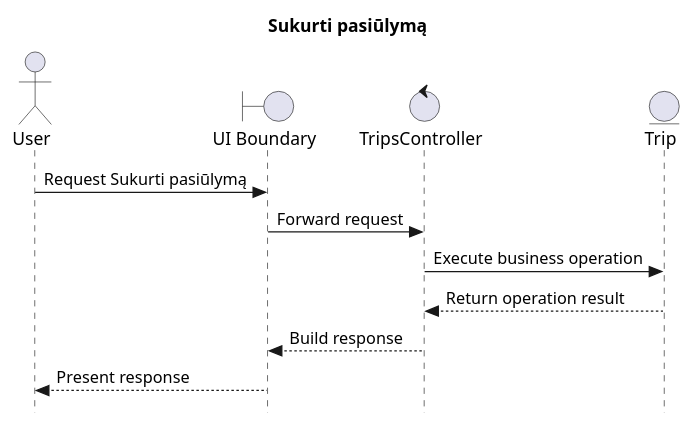
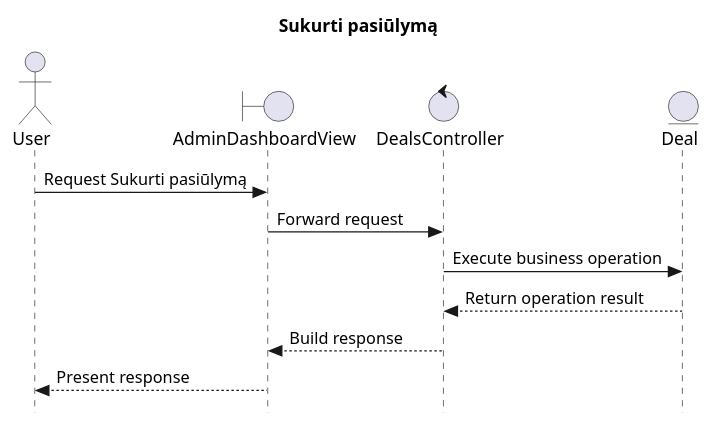
One commit to SauliusDev/ps-projektas changed the diagram in _refs/diagrams-new/sequence/Sukurti_pasiūlymą.puml. Above: the diagram before and after it, drawn with PlantUML. The commit also changed 40 other files, not shown here.

Commit message:
fix: align sequence stubs with BCE semantics

```diff
--- a/_refs/diagrams-new/sequence/Sukurti_pasiūlymą.puml
+++ b/_refs/diagrams-new/sequence/Sukurti_pasiūlymą.puml
@@ -1,17 +1,17 @@
 @startuml
 skinparam style strictuml
 
 title Sukurti pasiūlymą
 
 actor "User" as user
-boundary "UI Boundary" as ui
-control "TripsController" as tripsController
-entity "Trip" as trip
+boundary "AdminDashboardView" as ui
+control "DealsController" as dealsController
+entity "Deal" as deal
 
 user -> ui: Request Sukurti pasiūlymą
-ui -> tripsController: Forward request
-tripsController -> trip: Execute business operation
-trip --> tripsController: Return operation result
-tripsController --> ui: Build response
+ui -> dealsController: Forward request
+dealsController -> deal: Execute business operation
+deal --> dealsController: Return operation result
+dealsController --> ui: Build response
 ui --> user: Present response
 @enduml
```
